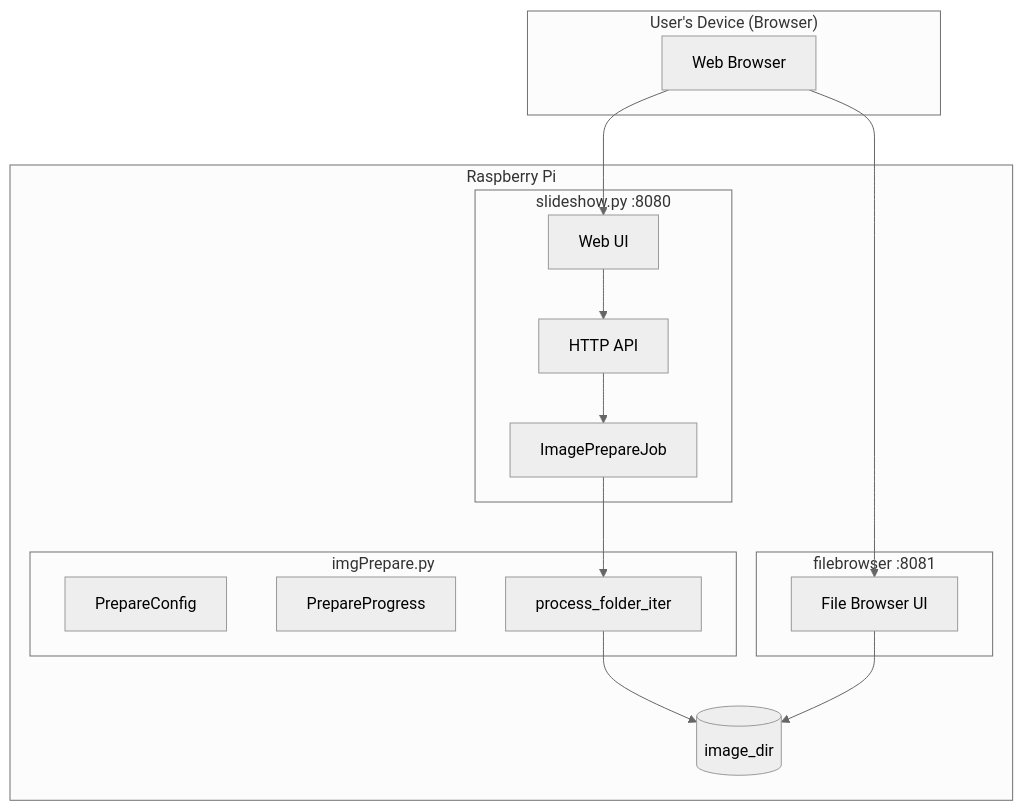
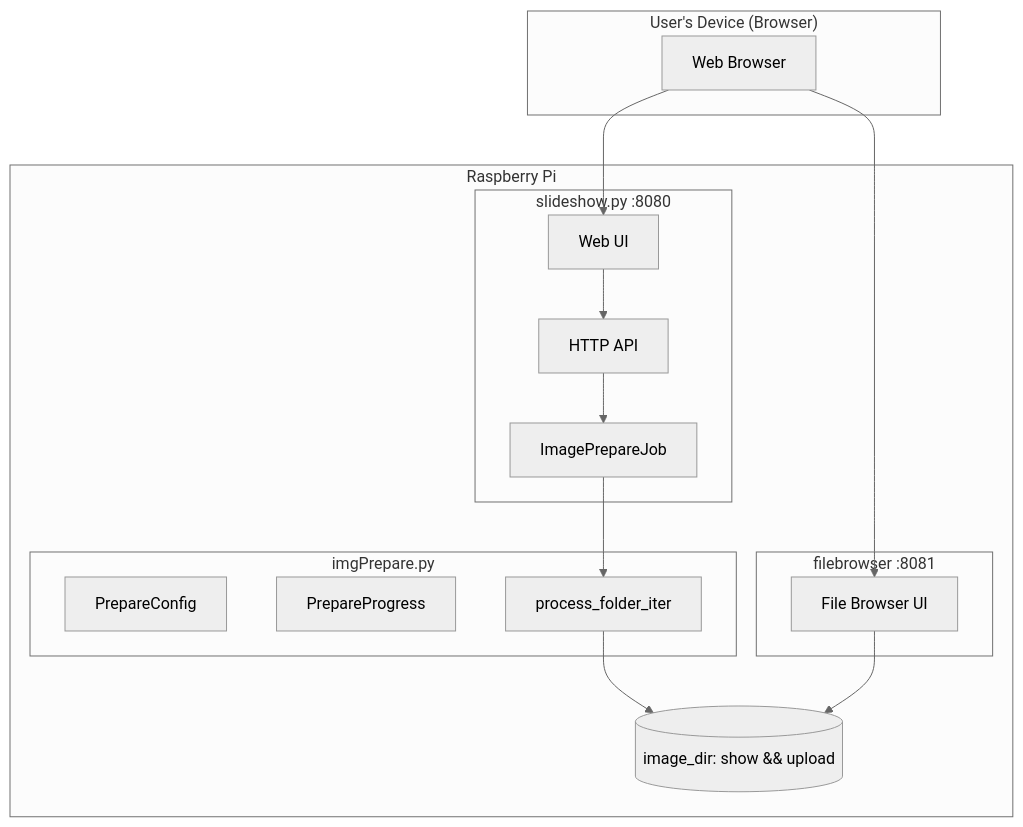
One commit to aide-examples/aide-slideshow changed the second of 2 diagrams in README.md. Above: the diagram before and after it, drawn with Mermaid (neutral theme). The commit also changed other lines of this file, not shown here.

````diff
--- a/README.md
+++ b/README.md
@@ -699,34 +699,34 @@
 ```mermaid
 flowchart TB
     subgraph UserDevice["User's Device (Browser)"]
         Browser[Web Browser]
     end
 
     subgraph RaspberryPi["Raspberry Pi"]
         subgraph Slideshow["slideshow.py :8080"]
             WebUI[Web UI]
             API[HTTP API]
             PrepJob[ImagePrepareJob]
         end
 
         subgraph ImgPrepare["imgPrepare.py"]
             Config[PrepareConfig]
             Progress[PrepareProgress]
             Generator[process_folder_iter]
         end
 
         subgraph FileBrowser["filebrowser :8081"]
             FB[File Browser UI]
         end
 
-        ImgDir[(image_dir)]
+        ImgDir[(image_dir: show && upload)]
     end
 
     Browser --> WebUI
     Browser --> FB
     WebUI --> API
     API --> PrepJob
     PrepJob --> Generator
     Generator --> ImgDir
     FB --> ImgDir
 ```
````
